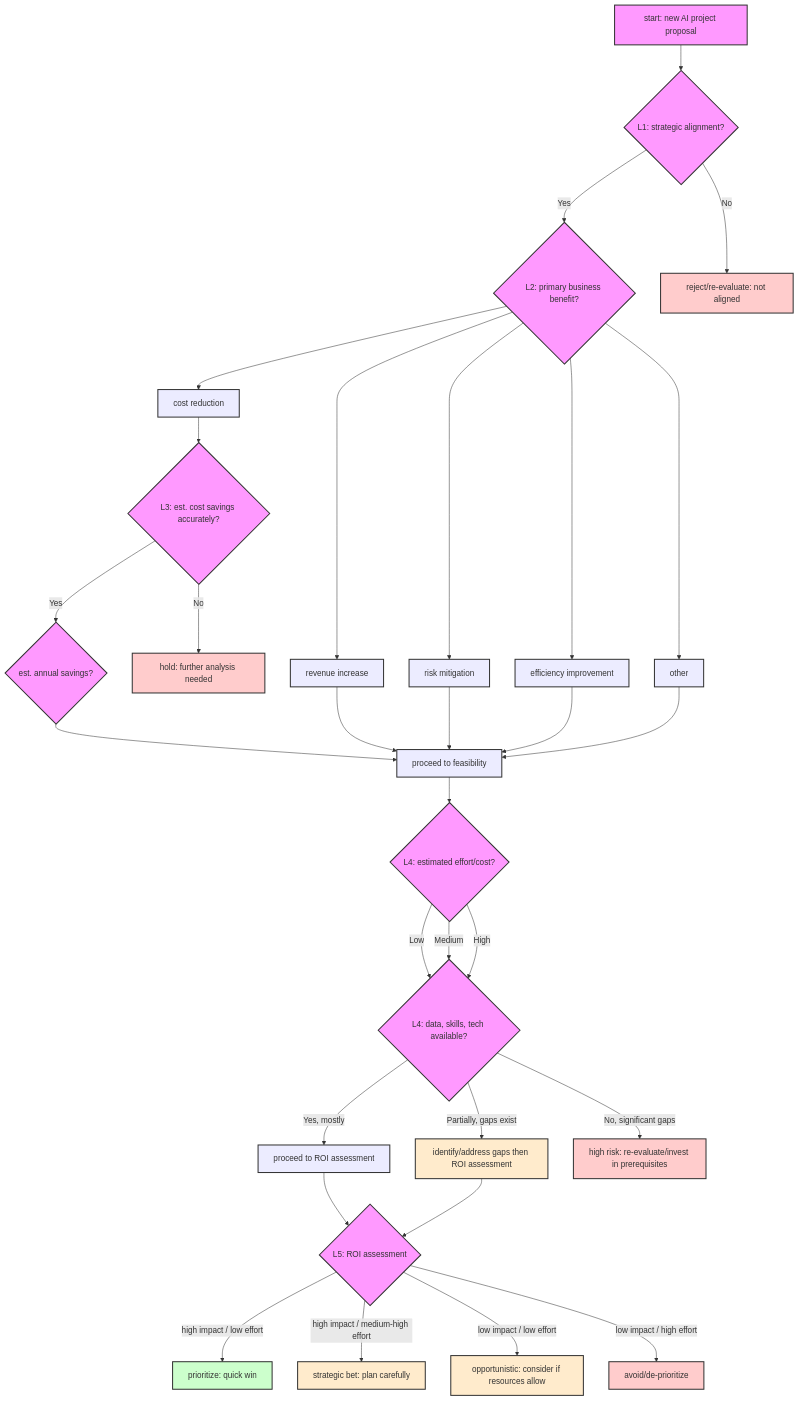
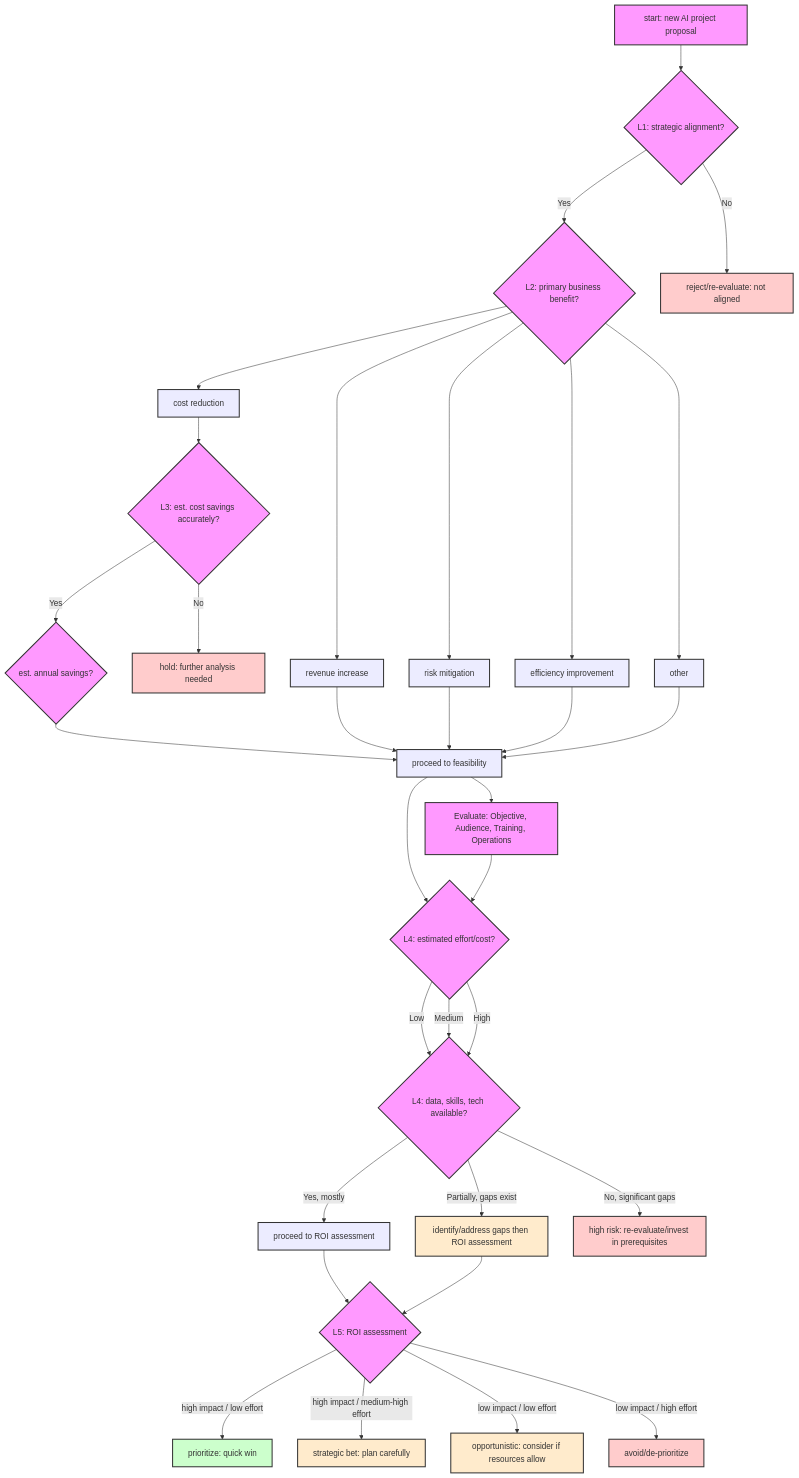
One commit to HiddeBV/iasa-ai-course changed the diagram in 01-foundation/lesson-2/ai-project-roi-decision-tree-solution-notes.md. Above: the diagram before and after it, drawn with Mermaid. The commit also changed other lines of this file, not shown here.

Commit message:
feat: Enhance feasibility assessment section with additional integration steps and clarity

````diff
--- a/01-foundation/lesson-2/ai-project-roi-decision-tree-solution-notes.md
+++ b/01-foundation/lesson-2/ai-project-roi-decision-tree-solution-notes.md
@@ -68,52 +72,56 @@
 ```mermaid
 graph TD
     A[start: new AI project proposal] --> B{L1: strategic alignment?};
     B -- Yes --> C{L2: primary business benefit?};
     B -- No --> Z1[reject/re-evaluate: not aligned];
 
     C --> D1[cost reduction];
     C --> D2[revenue increase];
     C --> D3[risk mitigation];
     C --> D4[efficiency improvement];
     C --> D5[other];
 
     D1 --> E1{L3: est. cost savings accurately?};
     E1 -- Yes --> F1{est. annual savings?};
     F1 --> G1[proceed to feasibility];
     E1 -- No --> Z2[hold: further analysis needed];
 
     %% Placeholder for other benefit paths leading to Feasibility
     D2 --> G1;
     D3 --> G1;
     D4 --> G1;
     D5 --> G1;
 
     G1 --> H{L4: estimated effort/cost?};
     H -- Low --> I{L4: data, skills, tech available?};
     H -- Medium --> I;
     H -- High --> I;
 
     I -- Yes, mostly --> J[proceed to ROI assessment];
     I -- Partially, gaps exist --> K[identify/address gaps then ROI assessment];
     I -- No, significant gaps --> Z3[high risk: re-evaluate/invest in prerequisites];
 
     J --> L{L5: ROI assessment};
     K --> L;
 
     L -- high impact / low effort --> M[prioritize: quick win];
     L -- high impact / medium-high effort --> N[strategic bet: plan carefully];
     L -- low impact / low effort --> O[opportunistic: consider if resources allow];
     L -- low impact / high effort --> P[avoid/de-prioritize];
 
+    %% Adding the four pillars explicitly in Feasibility
+    G1 --> FP[Evaluate: Objective, Audience, Training, Operations];
+    FP --> H;
+
     classDef question fill:#f9f,stroke:#333,stroke-width:2px,color:#333;
     classDef decision fill:#lightgrey,stroke:#333,stroke-width:2px,color:#333;
     classDef outcomeGreen fill:#ccffcc,stroke:#333,stroke-width:2px,color:#333;
     classDef outcomeRed fill:#ffcccc,stroke:#333,stroke-width:2px,color:#333;
     classDef outcomeOrange fill:#ffebcc,stroke:#333,stroke-width:2px,color:#333;
 
-    class A,B,C,E1,F1,H,I,L question;
+    class A,B,C,E1,F1,H,I,L,FP question;
     class Z1,Z2,Z3,P outcomeRed;
     class M outcomeGreen;
     class N,O,K outcomeOrange;
     class D1,D2,D3,D4,D5,G1,J decision;
 ```
````
